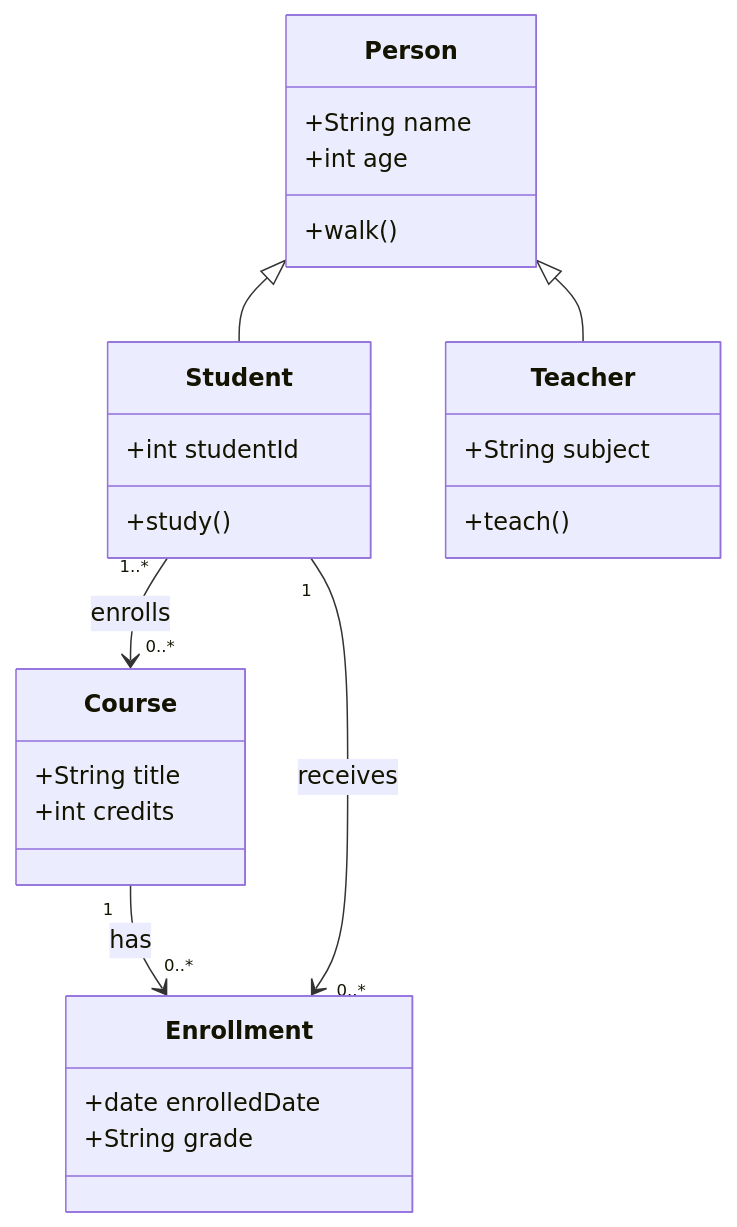
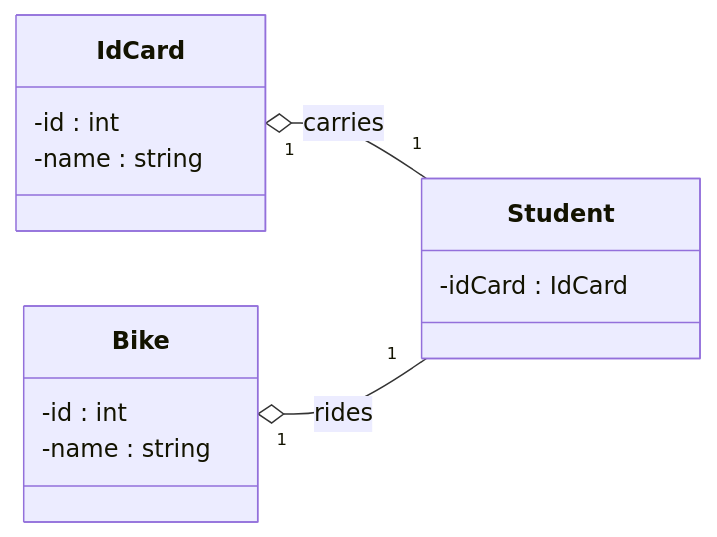
One commit to teachingai/full-stack-skills changed diagram 18 of 30 in skills/mermaid/examples/class.md. Above: the diagram before and after it, drawn with Mermaid. The commit also changed other lines of this file and 21 other files, not shown here.

First line of the commit message:
docs(mermaid): 更新架构、块、C4和类图示例文档

````diff
--- a/skills/mermaid/examples/class.md
+++ b/skills/mermaid/examples/class.md
@@ -243,30 +293,17 @@
 ```mermaid
 classDiagram
-    class Person {
-        +String name
-        +int age
-        +walk()
-    }
-    class Student {
-        +int studentId
-        +study()
-    }
-    class Teacher {
-        +String subject
-        +teach()
-    }
-    class Course {
-        +String title
-        +int credits
-    }
-    class Enrollment {
-        +date enrolledDate
-        +String grade
-    }
-
-    Person <|-- Student
-    Person <|-- Teacher
-    Student "1..*" --> "0..*" Course : enrolls
-    Course "1" --> "0..*" Enrollment : has
-    Student "1" --> "0..*" Enrollment : receives
+  direction RL
+  class Student {
+    -idCard : IdCard
+  }
+  class IdCard{
+    -id : int
+    -name : string
+  }
+  class Bike{
+    -id : int
+    -name : string
+  }
+  Student "1" --o "1" IdCard : carries
+  Student "1" --o "1" Bike : rides
 ```
````
